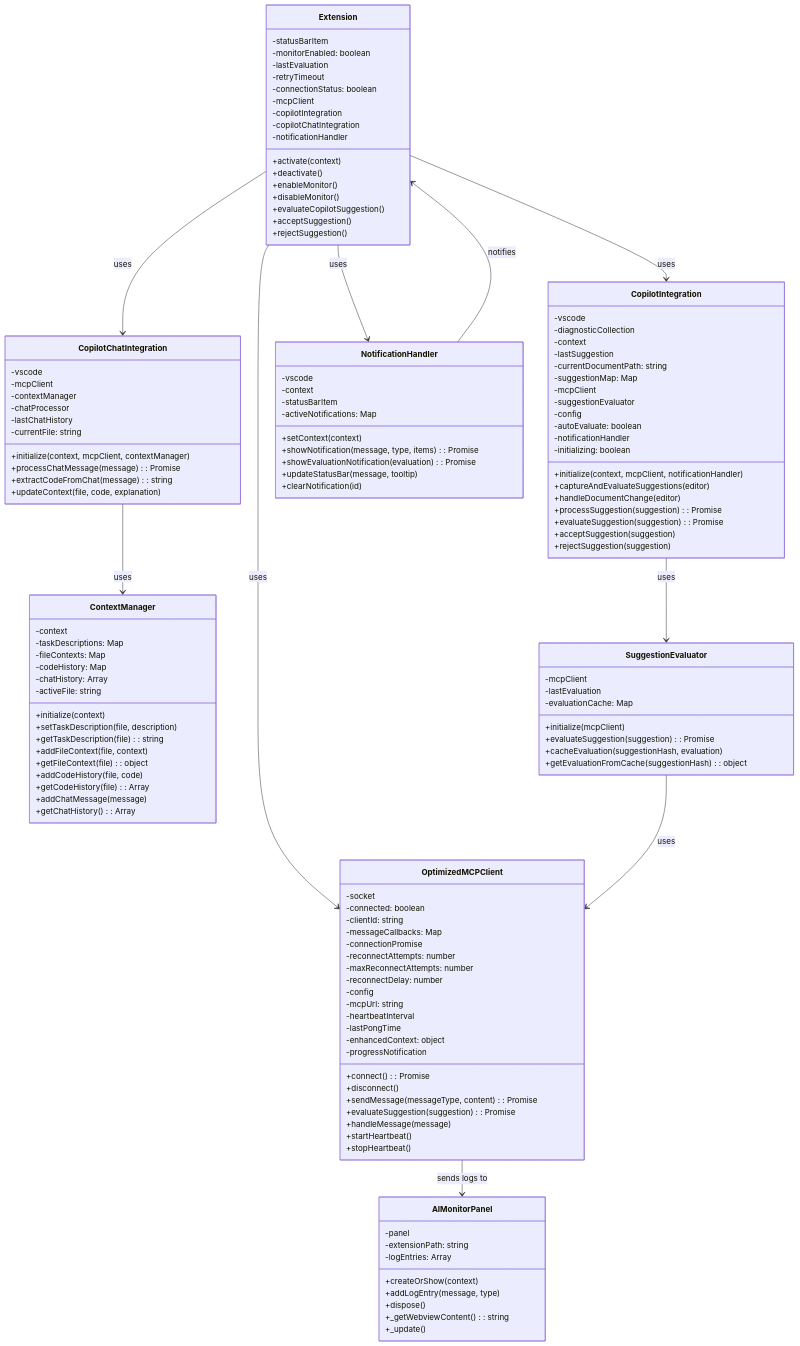
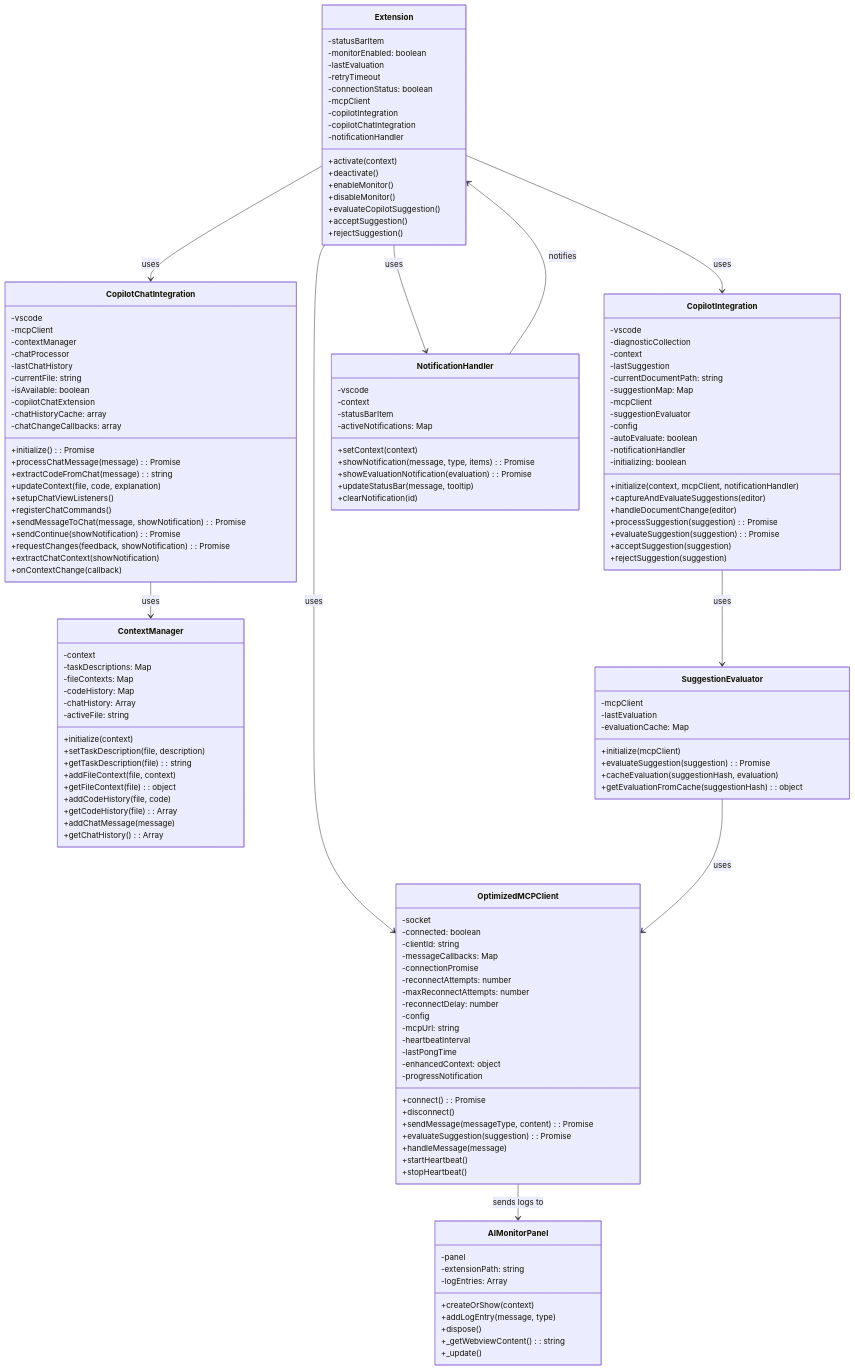
The diagram in docs/diagrams/vscode_extension_components_uml.md (ebarczynski/ai-development-monitor), drawn with Mermaid before and after one commit. The commit also changed 19 other files, not shown here.

Commit message:
Bump version to 0.5.0: Add GitHub Copilot Chat interaction features

```diff
--- a/docs/diagrams/vscode_extension_components_uml.md
+++ b/docs/diagrams/vscode_extension_components_uml.md
@@ -74,10 +74,21 @@
         -chatProcessor
         -lastChatHistory
         -currentFile: string
-        +initialize(context, mcpClient, contextManager)
+        -isAvailable: boolean
+        -copilotChatExtension
+        -chatHistoryCache: array
+        -chatChangeCallbacks: array
+        +initialize(): Promise<boolean>
         +processChatMessage(message): Promise
         +extractCodeFromChat(message): string
         +updateContext(file, code, explanation)
+        +setupChatViewListeners()
+        +registerChatCommands()
+        +sendMessageToChat(message, showNotification): Promise<boolean>
+        +sendContinue(showNotification): Promise<boolean>
+        +requestChanges(feedback, showNotification): Promise<boolean>
+        +extractChatContext(showNotification)
+        +onContextChange(callback)
     }
     
     class ContextManager {
```
